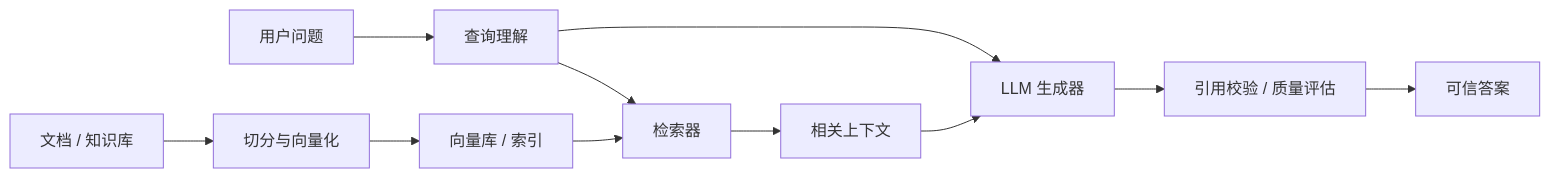
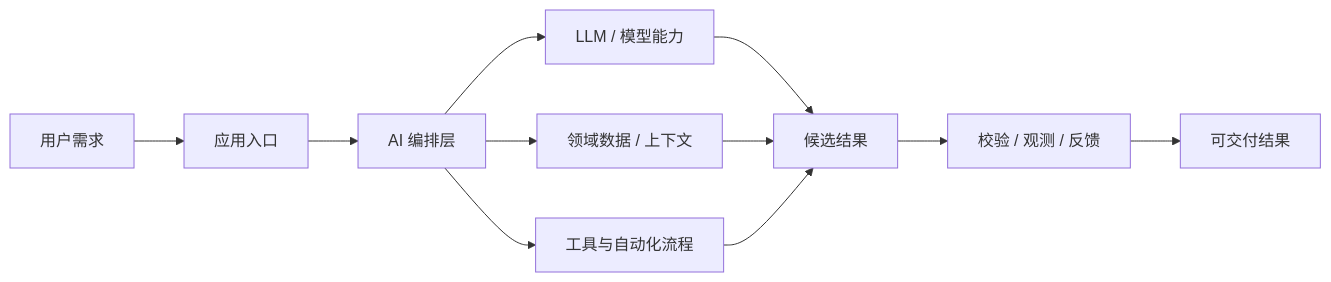
One commit to Lingwangla/github_trend changed the third of 5 diagrams in TRENDING.md. Above: the diagram before and after it, drawn with Mermaid. The commit also changed other lines of this file and 2 other files, not shown here.

````diff
--- a/TRENDING.md
+++ b/TRENDING.md
@@ -145,13 +106,13 @@
 ```mermaid
 flowchart LR
-    User[用户问题] --> Query[查询理解]
-    Query --> Retriever[检索器]
-    Docs[文档 / 知识库] --> Chunk[切分与向量化]
-    Chunk --> Store[向量库 / 索引]
-    Store --> Retriever
-    Retriever --> Context[相关上下文]
-    Context --> LLM[LLM 生成器]
-    Query --> LLM
-    LLM --> Eval[引用校验 / 质量评估]
-    Eval --> Answer[可信答案]
+    User[用户需求] --> Interface[应用入口]
+    Interface --> Orchestrator[AI 编排层]
+    Orchestrator --> Model[LLM / 模型能力]
+    Orchestrator --> Data[领域数据 / 上下文]
+    Orchestrator --> Tools[工具与自动化流程]
+    Model --> Result[候选结果]
+    Data --> Result
+    Tools --> Result
+    Result --> Review[校验 / 观测 / 反馈]
+    Review --> Output[可交付结果]
 ```
````
